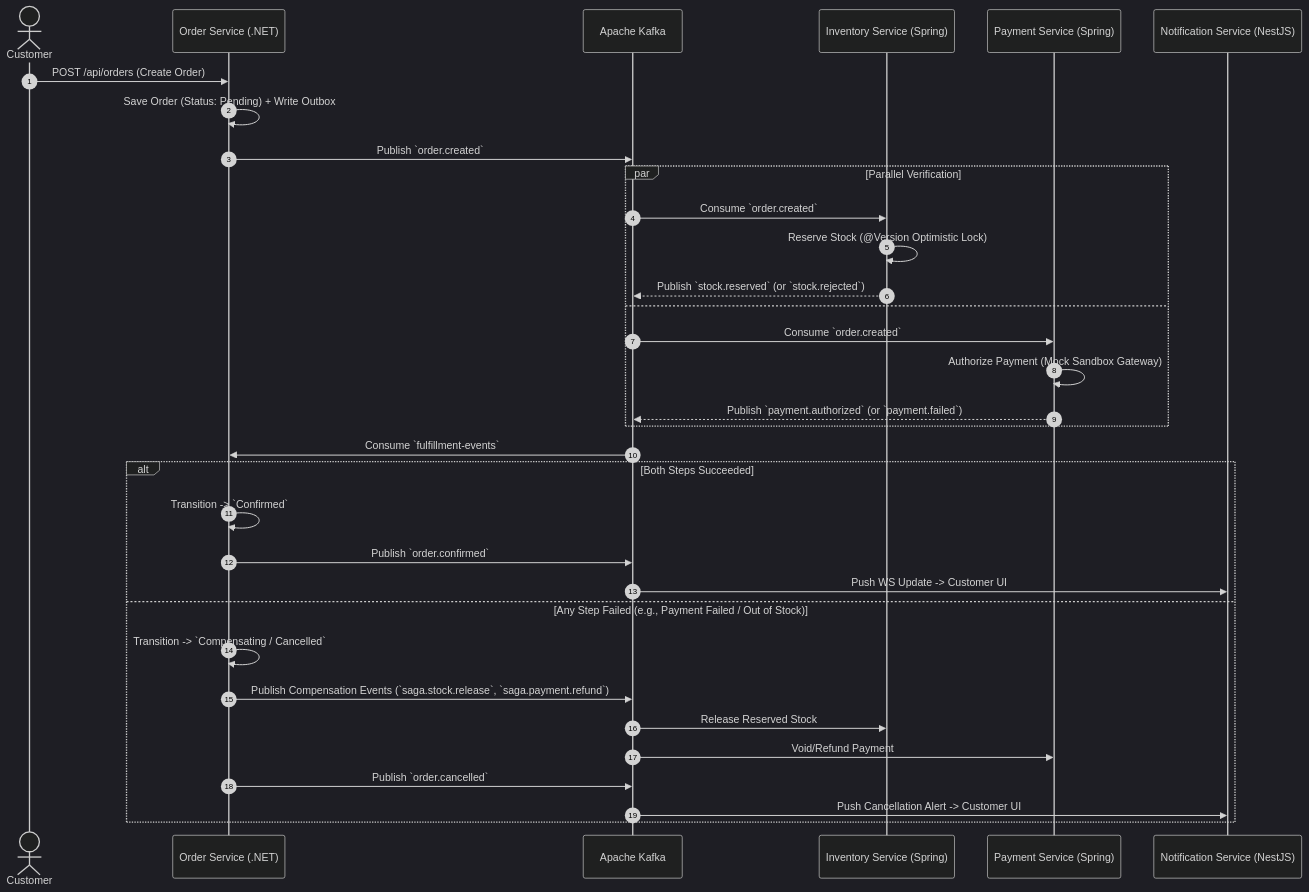
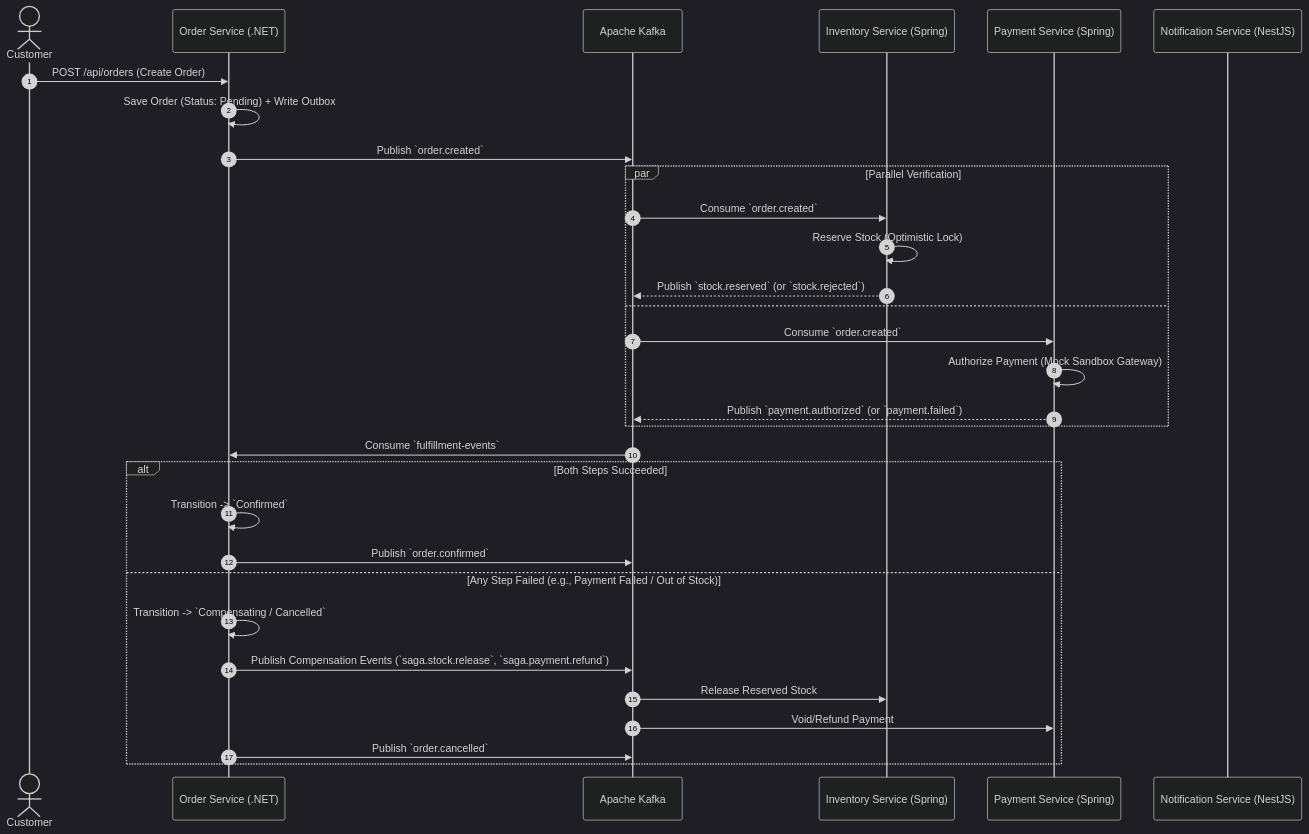
The second of 2 diagrams in README.md (ayana0409/QuickBite), drawn with Mermaid (dark theme) before and after one commit. The commit also changed other lines of this file and 16 other files, not shown here.

````diff
--- a/README.md
+++ b/README.md
@@ -102,39 +106,37 @@
 ```mermaid
 sequenceDiagram
     autonumber
     actor Customer
     participant Order as Order Service (.NET)
     participant Kafka as Apache Kafka
     participant Inventory as Inventory Service (Spring)
     participant Payment as Payment Service (Spring)
     participant Notification as Notification Service (NestJS)
 
     Customer->>Order: POST /api/orders (Create Order)
     Order->>Order: Save Order (Status: Pending) + Write Outbox
     Order->>Kafka: Publish `order.created`
     
     par Parallel Verification
         Kafka->>Inventory: Consume `order.created`
-        Inventory->>Inventory: Reserve Stock (@Version Optimistic Lock)
+        Inventory->>Inventory: Reserve Stock (Optimistic Lock)
         Inventory-->>Kafka: Publish `stock.reserved` (or `stock.rejected`)
     and
         Kafka->>Payment: Consume `order.created`
         Payment->>Payment: Authorize Payment (Mock Sandbox Gateway)
         Payment-->>Kafka: Publish `payment.authorized` (or `payment.failed`)
     end
 
     Kafka->>Order: Consume `fulfillment-events`
     
     alt Both Steps Succeeded
         Order->>Order: Transition -> `Confirmed`
         Order->>Kafka: Publish `order.confirmed`
-        Kafka->>Notification: Push WS Update -> Customer UI
     else Any Step Failed (e.g., Payment Failed / Out of Stock)
         Order->>Order: Transition -> `Compensating / Cancelled`
         Order->>Kafka: Publish Compensation Events (`saga.stock.release`, `saga.payment.refund`)
         Kafka->>Inventory: Release Reserved Stock
         Kafka->>Payment: Void/Refund Payment
         Order->>Kafka: Publish `order.cancelled`
-        Kafka->>Notification: Push Cancellation Alert -> Customer UI
     end
 ```
````
